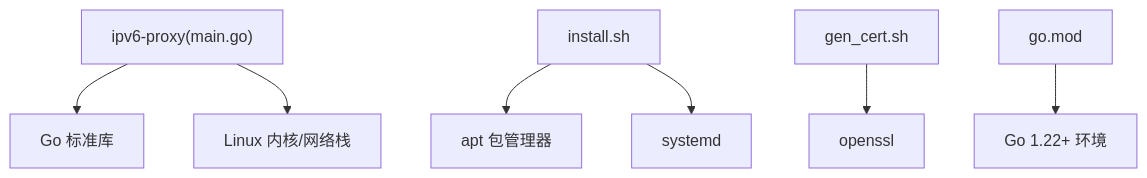
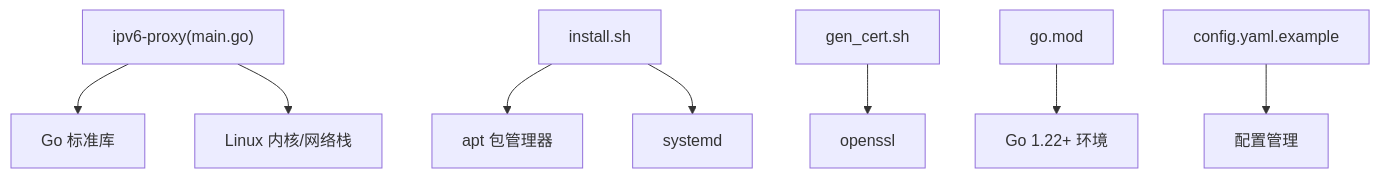
One commit to chuwang9964/ipv6-proxy-pool changed the fourth of 4 diagrams in .qoder/repowiki/zh/content/配置参考.md. Above: the diagram before and after it, drawn with Mermaid. The commit also changed other lines of this file and 10 other files, not shown here.

````diff
--- a/.qoder/repowiki/zh/content/配置参考.md
+++ b/.qoder/repowiki/zh/content/配置参考.md
@@ -271,9 +308,10 @@
 ```mermaid
 graph TB
 App["ipv6-proxy(main.go)"] --> StdLib["Go 标准库"]
 App --> Sys["Linux 内核/网络栈"]
 Install["install.sh"] --> Apt["apt 包管理器"]
 Install --> Systemd["systemd"]
 Cert["gen_cert.sh"] --> OpenSSL["openssl"]
 Module["go.mod"] --> GoEnv["Go 1.22+ 环境"]
+Config["config.yaml.example"] --> ConfigMgr["配置管理"]
 ```
````
